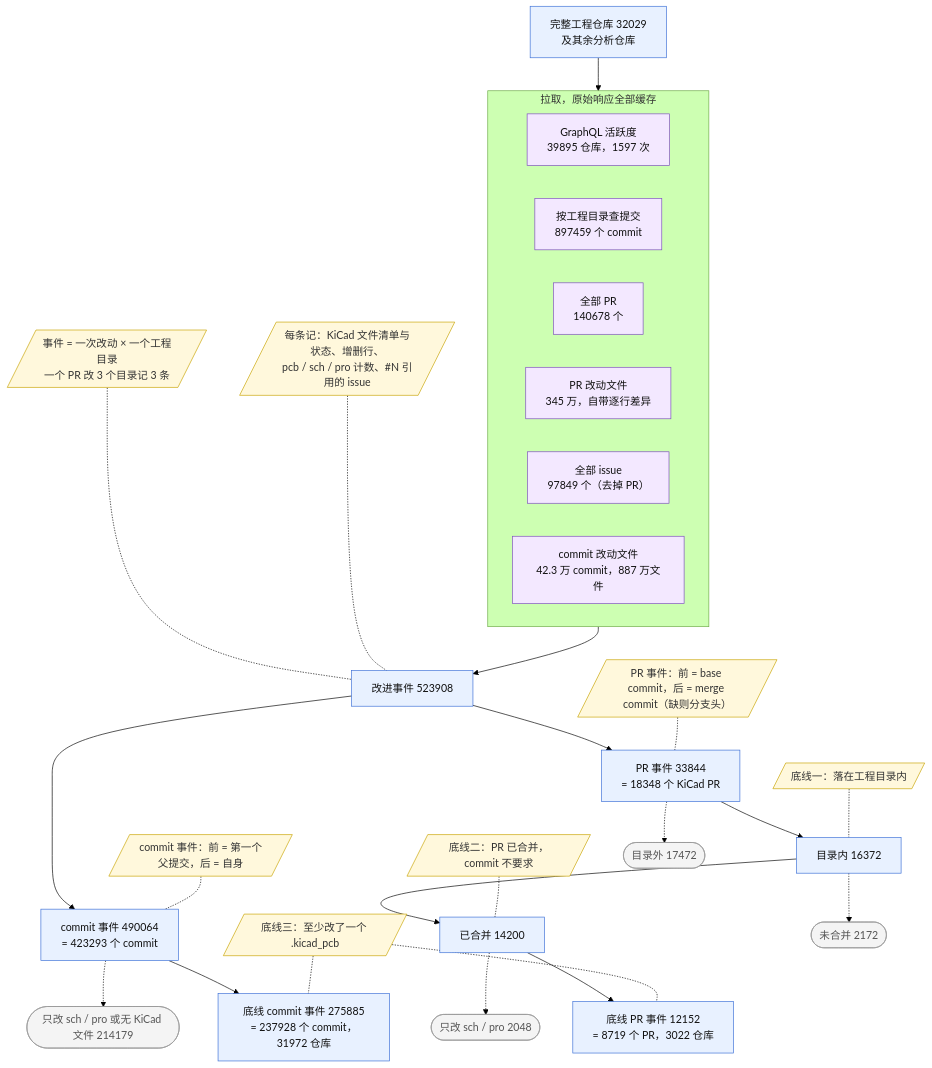
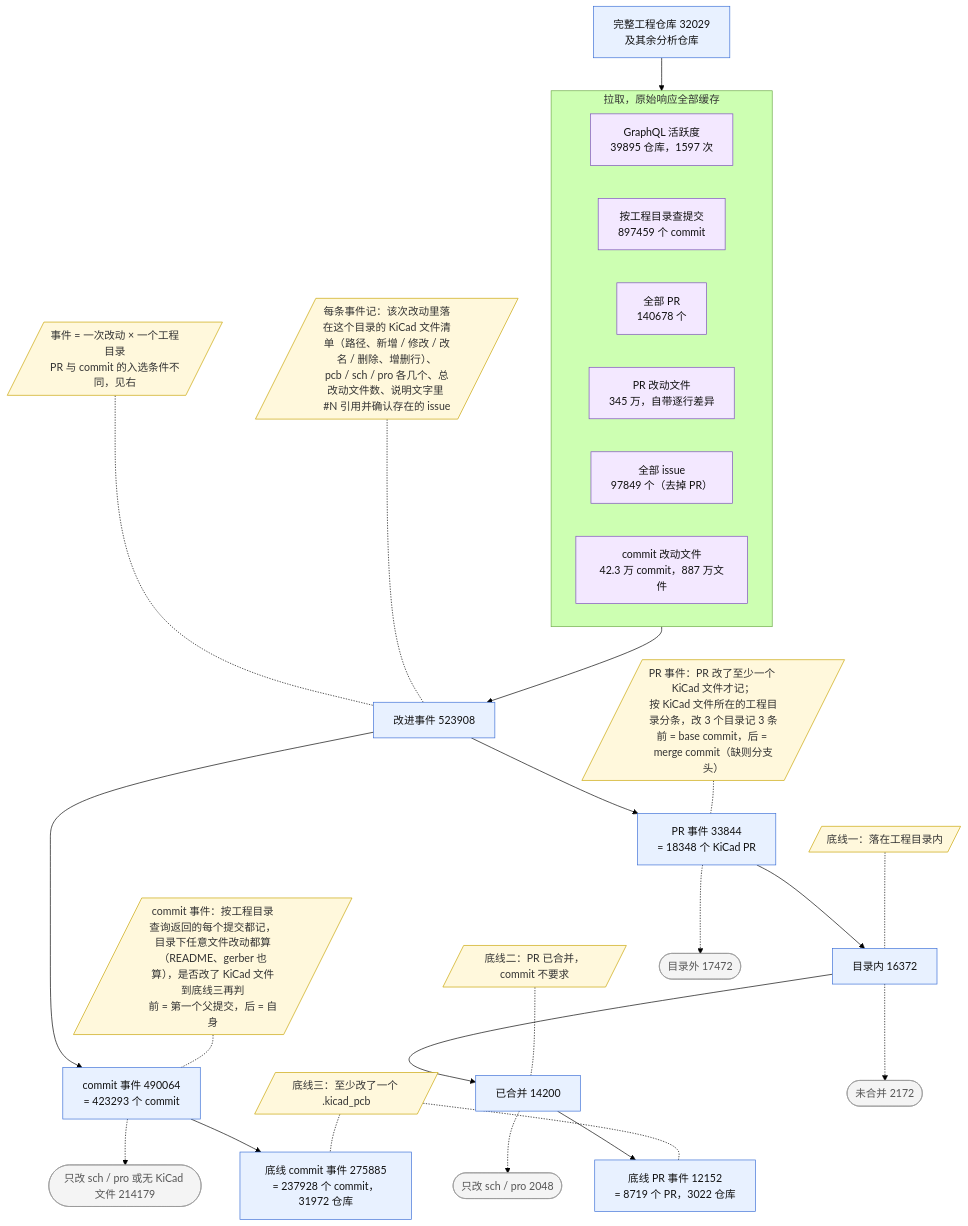
One commit to Xiafyjck/github_kicad_project_scout changed the third of 5 diagrams in reports/progress_report.md. Above: the diagram before and after it, drawn with Mermaid (forest theme). The commit also changed other lines of this file, not shown here.

Commit message:
reports: spell out what creates a PR event vs a commit event

````diff
--- a/reports/progress_report.md
+++ b/reports/progress_report.md
@@ -179,56 +179,56 @@
 ```mermaid
 flowchart TB
     classDef note fill:#fff8dc,stroke:#c9a400,color:#333
     classDef exit fill:#f4f4f4,stroke:#999,color:#555
     classDef keep fill:#e8f1ff,stroke:#3b6fd6,color:#111
     classDef src fill:#f3e8ff,stroke:#7c4dbd,color:#111
 
     Q[完整工程仓库 32029<br/>及其余分析仓库]:::keep
     subgraph H[拉取，原始响应全部缓存]
         direction LR
         H0[GraphQL 活跃度<br/>39895 仓库，1597 次]:::src
         H1[按工程目录查提交<br/>897459 个 commit]:::src
         H2[全部 PR<br/>140678 个]:::src
         H3[PR 改动文件<br/>345 万，自带逐行差异]:::src
         H4[全部 issue<br/>97849 个（去掉 PR）]:::src
         H5[commit 改动文件<br/>42.3 万 commit，887 万文件]:::src
     end
     Q --> H
 
-    D1[/"事件 = 一次改动 × 一个工程目录<br/>一个 PR 改 3 个目录记 3 条"/]:::note
-    D2[/"PR 事件：前 = base commit，后 = merge commit（缺则分支头）"/]:::note
-    D3[/"commit 事件：前 = 第一个父提交，后 = 自身"/]:::note
-    D4[/"每条记：KiCad 文件清单与状态、增删行、<br/>pcb / sch / pro 计数、#N 引用的 issue"/]:::note
+    D1[/"事件 = 一次改动 × 一个工程目录<br/>PR 与 commit 的入选条件不同，见右"/]:::note
+    D2[/"PR 事件：PR 改了至少一个 KiCad 文件才记；<br/>按 KiCad 文件所在的工程目录分条，改 3 个目录记 3 条<br/>前 = base commit，后 = merge commit（缺则分支头）"/]:::note
+    D3[/"commit 事件：按工程目录查询返回的每个提交都记，<br/>目录下任意文件改动都算（README、gerber 也算），是否改了 KiCad 文件到底线三再判<br/>前 = 第一个父提交，后 = 自身"/]:::note
+    D4[/"每条事件记：该次改动里落在这个目录的 KiCad 文件清单（路径、新增 / 修改 / 改名 / 删除、增删行）、<br/>pcb / sch / pro 各几个、总改动文件数、说明文字里 #N 引用并确认存在的 issue"/]:::note
     E[改进事件 523908]:::keep
     H --> E
     D1 -.- E
     D4 -.- E
     P[PR 事件 33844<br/>= 18348 个 KiCad PR]:::keep
     M[commit 事件 490064<br/>= 423293 个 commit]:::keep
     E --> P
     E --> M
     D2 -.- P
     D3 -.- M
 
     B1[/"底线一：落在工程目录内"/]:::note
     B2[/"底线二：PR 已合并，commit 不要求"/]:::note
     B3[/"底线三：至少改了一个 .kicad_pcb"/]:::note
     P1[目录内 16372]:::keep
     P2[已合并 14200]:::keep
     P3[底线 PR 事件 12152<br/>= 8719 个 PR，3022 仓库]:::keep
     M3[底线 commit 事件 275885<br/>= 237928 个 commit，31972 仓库]:::keep
     PX1([目录外 17472]):::exit
     PX2([未合并 2172]):::exit
     PX3([只改 sch / pro 2048]):::exit
     MX3([只改 sch / pro 或无 KiCad 文件 214179]):::exit
     P --> P1 --> P2 --> P3
     P -.-> PX1
     P1 -.-> PX2
     P2 -.-> PX3
     M --> M3
     M -.-> MX3
     B1 -.- P1
     B2 -.- P2
     B3 -.- P3
     B3 -.- M3
 ```
````
